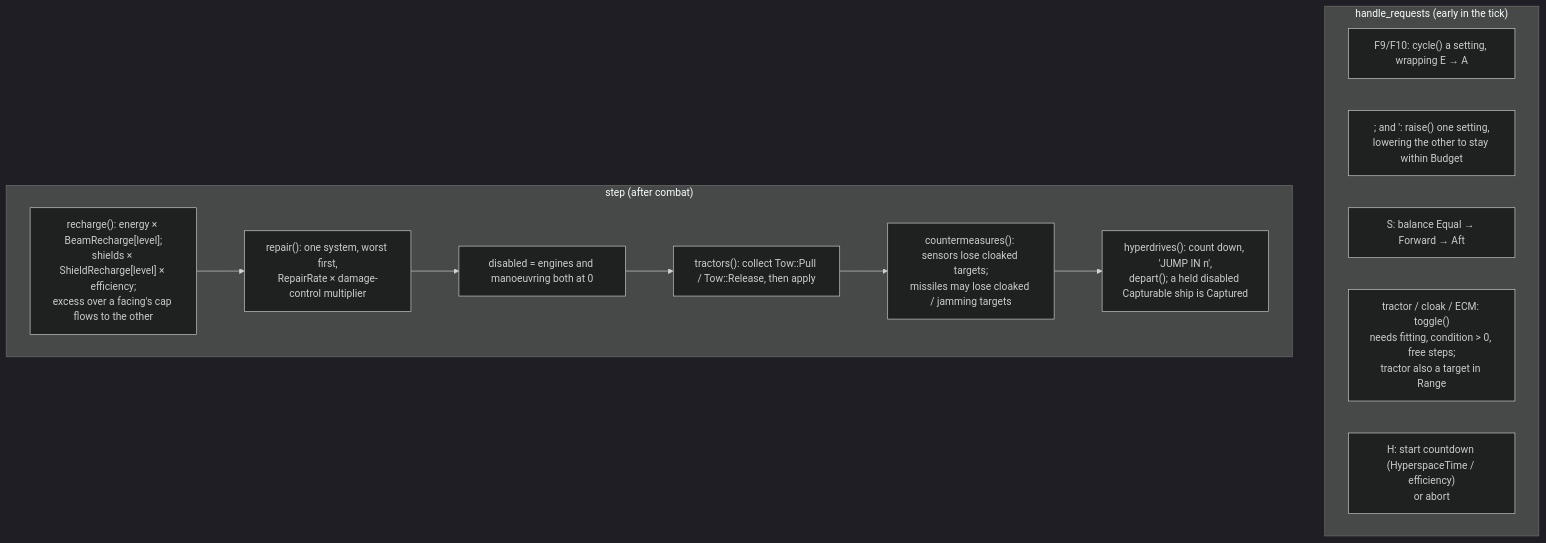
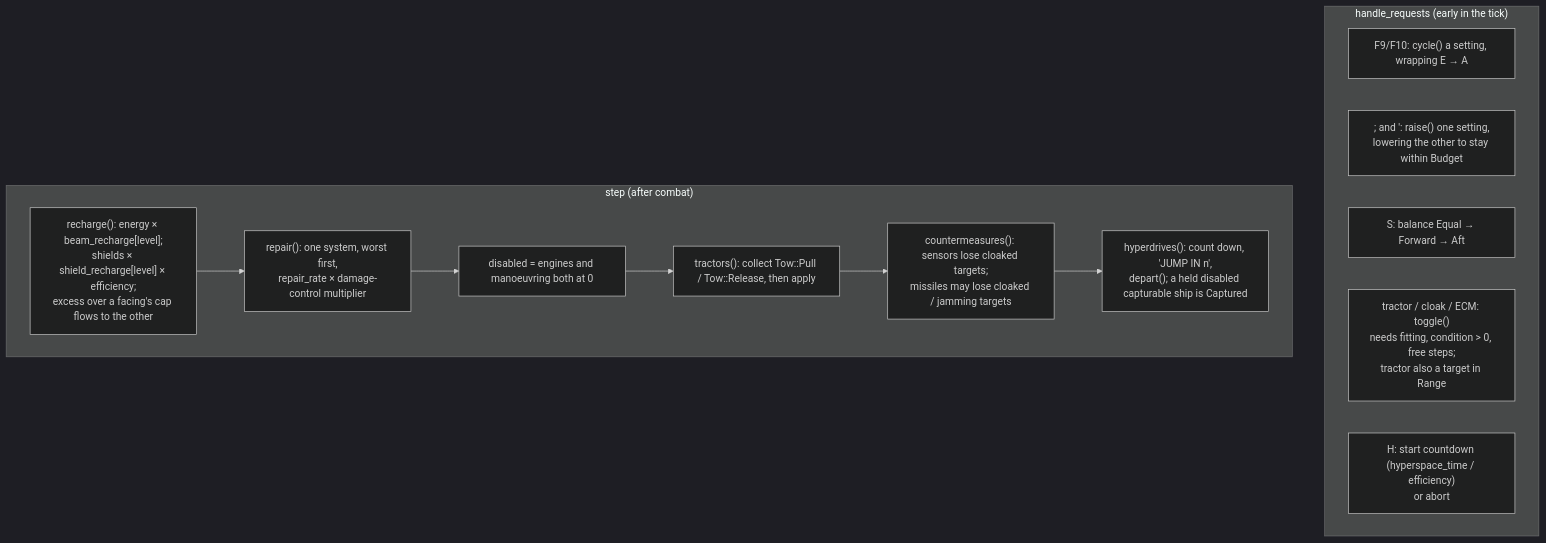
One commit to bbogovich/OpenInterceptor changed the third of 4 diagrams in docs/architecture/sim.md. Above: the diagram before and after it, drawn with Mermaid (dark theme). The commit also changed other lines of this file and 56 other files, not shown here.

````diff
--- a/docs/architecture/sim.md
+++ b/docs/architecture/sim.md
@@ -122,19 +122,19 @@
 ```mermaid
 flowchart TD
     subgraph req["handle_requests (early in the tick)"]
       R1["F9/F10: cycle() a setting, wrapping E → A"]
       R2["; and ': raise() one setting,<br/>lowering the other to stay within Budget"]
       R3["S: balance Equal → Forward → Aft"]
       R4["tractor / cloak / ECM: toggle()<br/>needs fitting, condition > 0, free steps;<br/>tractor also a target in Range"]
-      R5["H: start countdown (HyperspaceTime / efficiency)<br/>or abort"]
+      R5["H: start countdown (hyperspace_time / efficiency)<br/>or abort"]
     end
     subgraph step["step (after combat)"]
-      S1["recharge(): energy × BeamRecharge[level];<br/>shields × ShieldRecharge[level] × efficiency;<br/>excess over a facing's cap flows to the other"]
-      S2["repair(): one system, worst first,<br/>RepairRate × damage-control multiplier"]
+      S1["recharge(): energy × beam_recharge[level];<br/>shields × shield_recharge[level] × efficiency;<br/>excess over a facing's cap flows to the other"]
+      S2["repair(): one system, worst first,<br/>repair_rate × damage-control multiplier"]
       S3["disabled = engines and manoeuvring both at 0"]
       S4["tractors(): collect Tow::Pull / Tow::Release, then apply"]
       S5["countermeasures(): sensors lose cloaked targets;<br/>missiles may lose cloaked / jamming targets"]
-      S6["hyperdrives(): count down, 'JUMP IN n',<br/>depart(); a held disabled Capturable ship is Captured"]
+      S6["hyperdrives(): count down, 'JUMP IN n',<br/>depart(); a held disabled capturable ship is Captured"]
       S1 --> S2 --> S3 --> S4 --> S5 --> S6
     end
 ```
````
